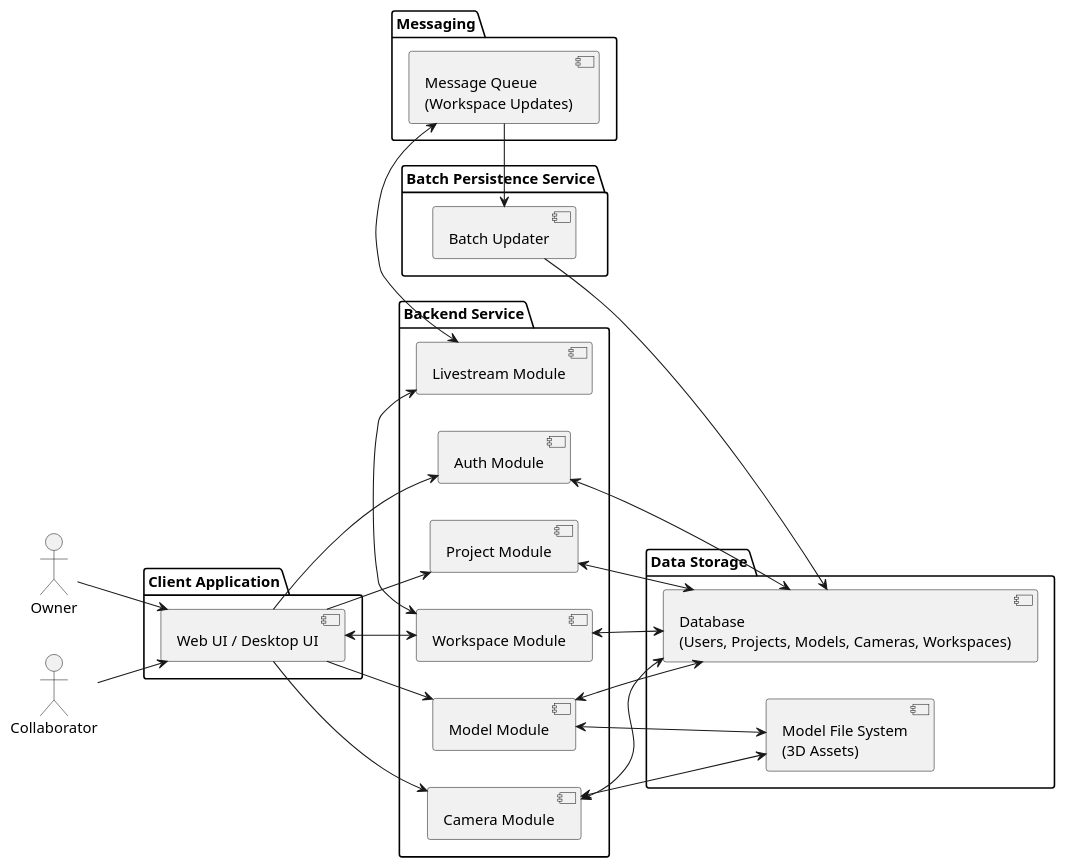
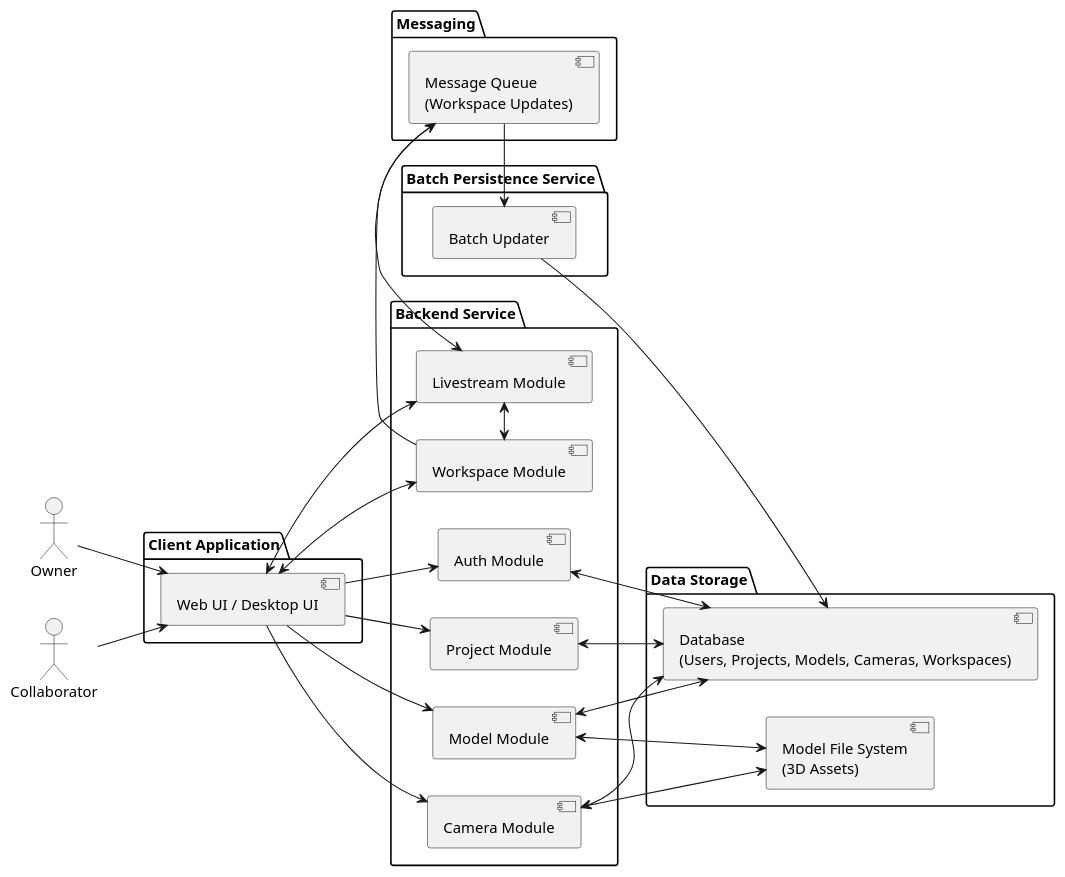
The diagram in docs/diagrams/system_architecture.puml (Ministry-of-Learning-of-Jura-Kites/OmniCam), drawn with PlantUML before and after one commit. The commit also changed 6 other files, not shown here.

Commit message:
organize diagrams

```diff
--- a/docs/diagrams/system_architecture.puml
+++ b/docs/diagrams/system_architecture.puml
@@ -1,59 +1,62 @@
 @startuml system architecture diagram
 left to right direction
 
 actor Owner
 actor Collaborator as User
 
 package "Client Application" {
   [Web UI / Desktop UI] as UI
 }
 
 package "Backend Service" {
   [Auth Module] as Auth
   [Model Module] as Model
   [Project Module] as Project
-  [Workspace Module] as Workspace
+  together {
+    [Workspace Module] as Workspace
+    [Livestream Module] as Livestream
+  }
   [Camera Module] as Camera
-  [Livestream Module] as Livestream
 }
 
 package "Batch Persistence Service"{
   [Batch Updater] as BatchUpdater
 }
 
 package "Data Storage" {
   [Database\n(Users, Projects, Models, Cameras, Workspaces)] as DB
   [Model File System\n(3D Assets)] as Repo
 }
 
 package "Messaging" {
   [Message Queue\n(Workspace Updates)] as MessageQueue
 }
 
 ' Actors interact with UI
 Owner --> UI
 User --> UI
 
 ' Client calls backend
+UI <--> Workspace
+UI <-> Livestream
 UI --> Auth
 UI --> Project
 UI --> Model
-UI <--> Workspace
 UI --> Camera
 
 ' Workspace Livestream
 Workspace <-> Livestream
-Livestream <-> MessageQueue
 BatchUpdater <- MessageQueue
 BatchUpdater -down-> DB
 
 ' Backend to storage
 Auth <-> DB
 Project <-> DB
 Model <-> DB
 Model <-> Repo
-Workspace <-> DB
+Workspace -> MessageQueue
+Livestream <-> MessageQueue
 Camera <--> DB
 Camera <--> Repo
 
 @enduml
```
